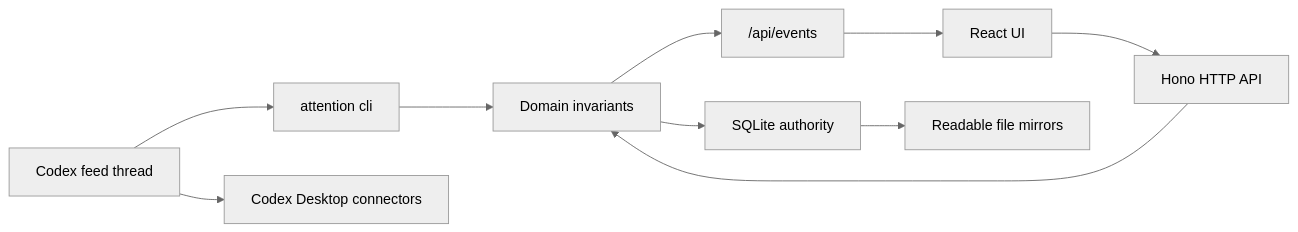
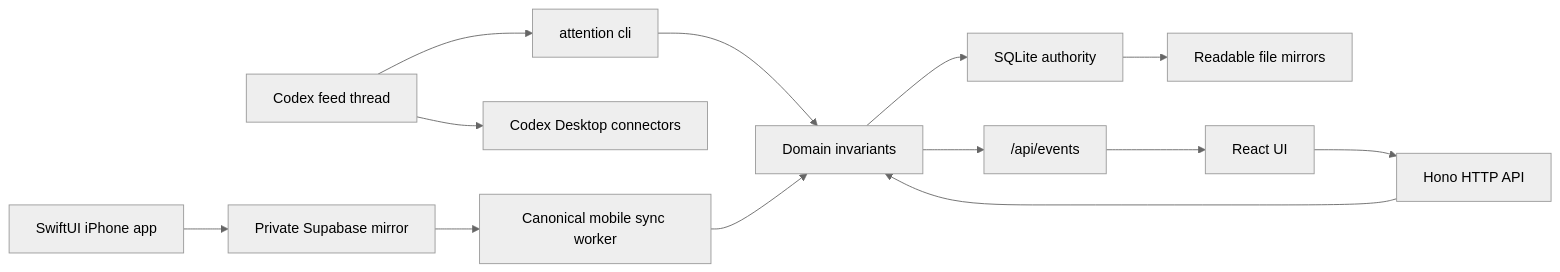
Before and after one commit to rootflare-code/tend: the diagram in docs/ARCHITECTURE.md, drawn with Mermaid (neutral theme). The commit also changed other lines of this file and 66 other files, not shown here.

````diff
--- a/docs/ARCHITECTURE.md
+++ b/docs/ARCHITECTURE.md
@@ -7,12 +7,15 @@
 ```mermaid
 flowchart LR
   Thread["Codex feed thread"] --> CLI["attention cli"]
   CLI --> Domain["Domain invariants"]
   UI["React UI"] --> API["Hono HTTP API"]
   API --> Domain
+  Phone["SwiftUI iPhone app"] --> Cloud["Private Supabase mirror"]
+  Cloud --> Worker["Canonical mobile sync worker"]
+  Worker --> Domain
   Domain --> SQLite["SQLite authority"]
   SQLite --> Mirrors["Readable file mirrors"]
   Domain --> SSE["/api/events"]
   SSE --> UI
   Thread --> Connectors["Codex Desktop connectors"]
 ```
````
